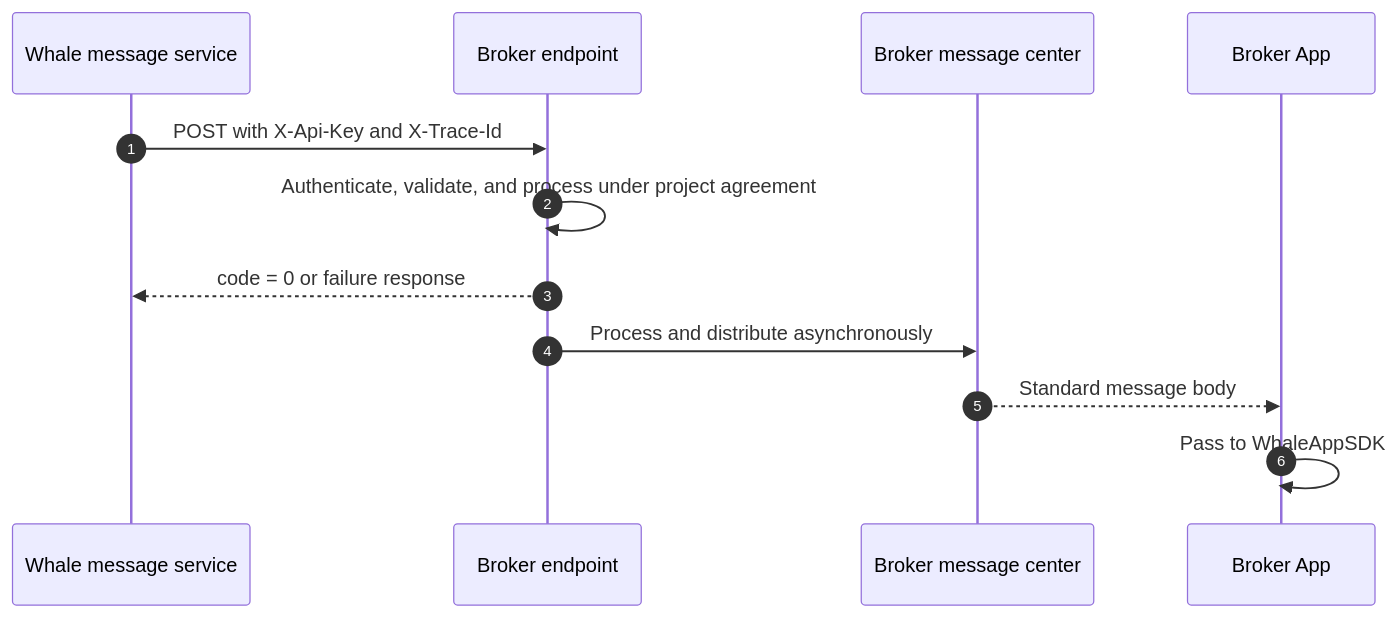
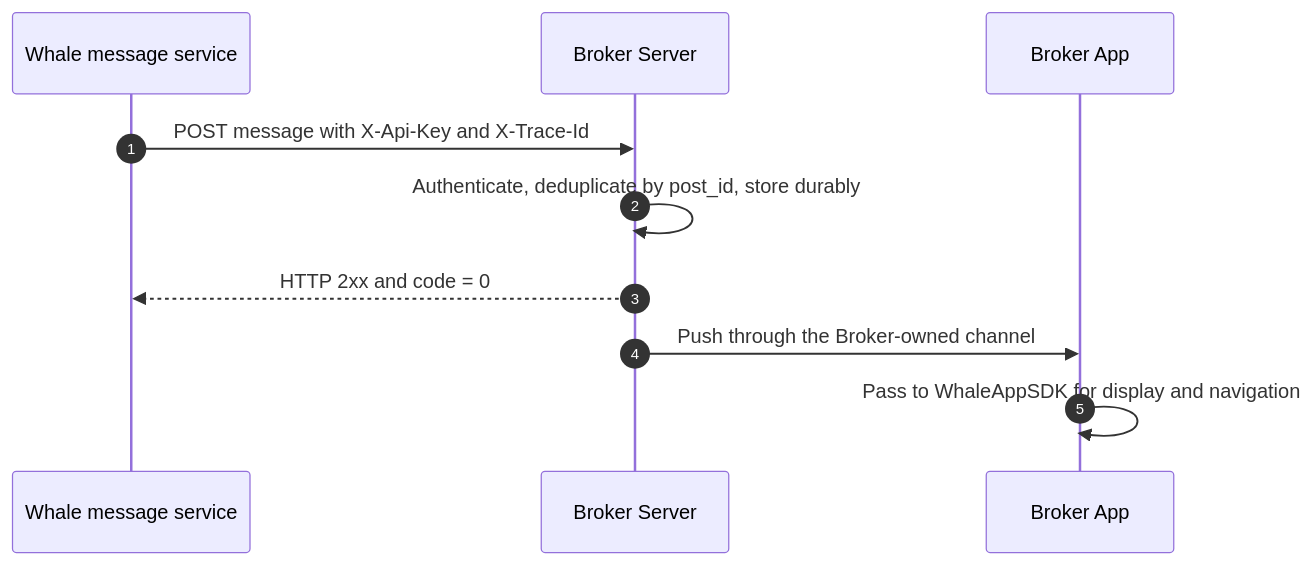
The diagram in docs/en/docs/server-message-forwarding.mdx (longbridge/whale-docs), drawn with Mermaid before and after one commit. The commit also changed other lines of this file and 2 other files, not shown here.

First line of the commit message:
docs: update Broker-owned push channel contract (#92)

````diff
--- a/docs/en/docs/server-message-forwarding.mdx
+++ b/docs/en/docs/server-message-forwarding.mdx
@@ -10,14 +27,12 @@
 ```mermaid
 sequenceDiagram
     autonumber
     participant Whale as Whale message service
-    participant API as Broker endpoint
-    participant Center as Broker message center
+    participant API as Broker Server
     participant App as Broker App
-    Whale->>API: POST with X-Api-Key and X-Trace-Id
-    API->>API: Authenticate, validate, and process under project agreement
-    API-->>Whale: code = 0 or failure response
-    API->>Center: Process and distribute asynchronously
-    Center-->>App: Standard message body
-    App->>App: Pass to WhaleAppSDK
+    Whale->>API: POST message with X-Api-Key and X-Trace-Id
+    API->>API: Authenticate, deduplicate by post_id, store durably
+    API-->>Whale: HTTP 2xx and code = 0
+    API->>App: Push through the Broker-owned channel
+    App->>App: Pass to WhaleAppSDK for display and navigation
 ```
````
